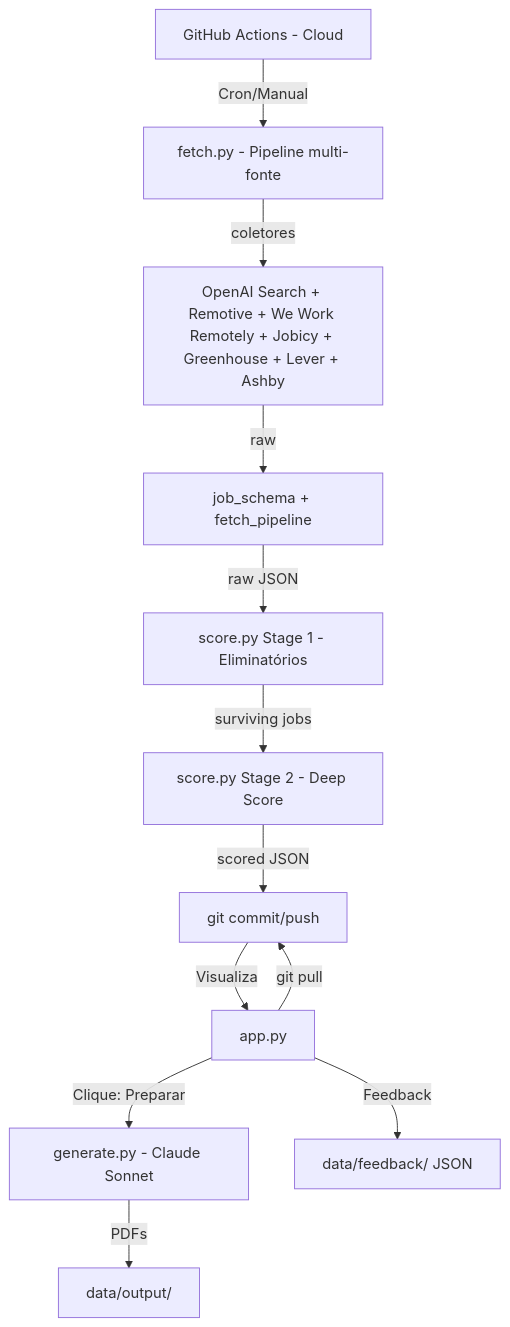
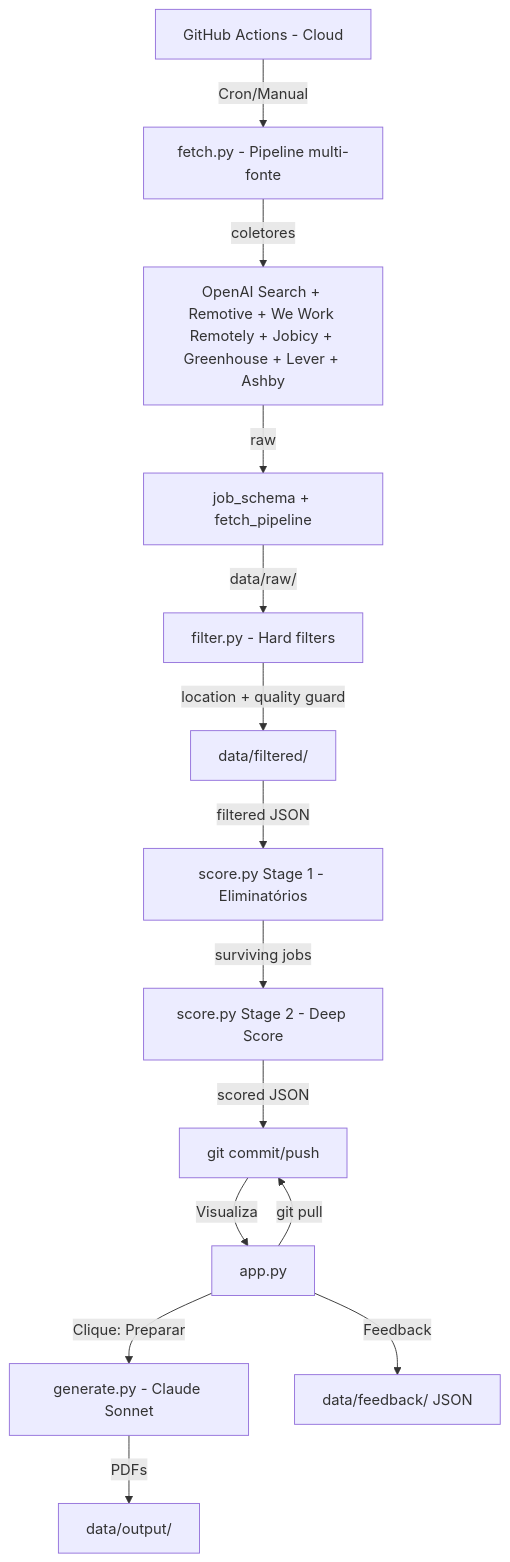
The diagram in ARCHITECTURE.md (gmaiarviana/job_radar), drawn with Mermaid before and after one commit. The commit also changed other lines of this file and 5 other files, not shown here.

Commit message:
feat: filter.py + score.py redução de tokens (Épico 4)

````diff
--- a/ARCHITECTURE.md
+++ b/ARCHITECTURE.md
@@ -11,15 +11,17 @@
 ```mermaid
 graph TD
     A[GitHub Actions - Cloud] -->|Cron/Manual| B[fetch.py - Pipeline multi-fonte]
     B -->|coletores| B1[OpenAI Search + Remotive + We Work Remotely + Jobicy + Greenhouse + Lever + Ashby]
     B1 -->|raw| B2[job_schema + fetch_pipeline]
-    B2 -->|raw JSON| C[score.py Stage 1 - Eliminatórios]
+    B2 -->|data/raw/| B3[filter.py - Hard filters]
+    B3 -->|location + quality guard| B4[data/filtered/]
+    B4 -->|filtered JSON| C[score.py Stage 1 - Eliminatórios]
     C -->|surviving jobs| D[score.py Stage 2 - Deep Score]
     D -->|scored JSON| E[git commit/push]
     
     F[Streamlit - Local] -->|git pull| E
     E -->|Visualiza| F[app.py]
     F -->|Clique: Preparar| G[generate.py - Claude Sonnet]
     G -->|PDFs| H[data/output/]
     F -->|Feedback| I[data/feedback/ JSON]
 ```
````
